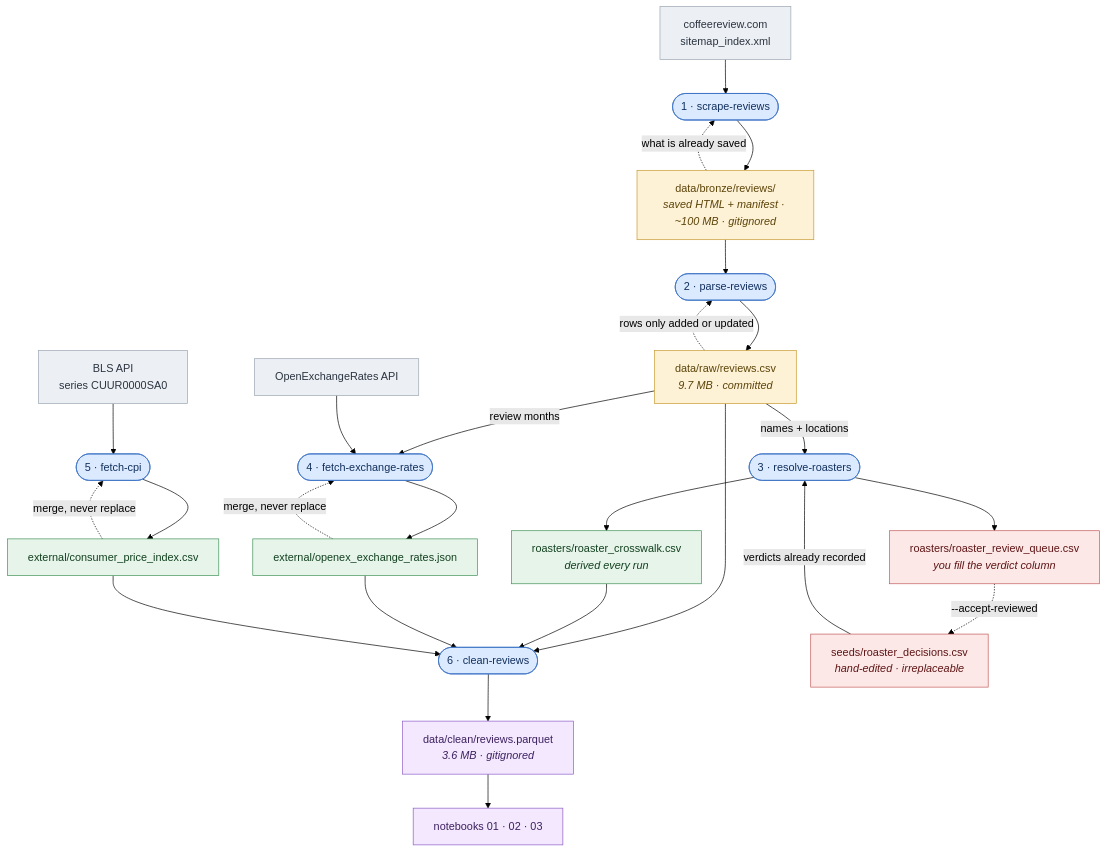
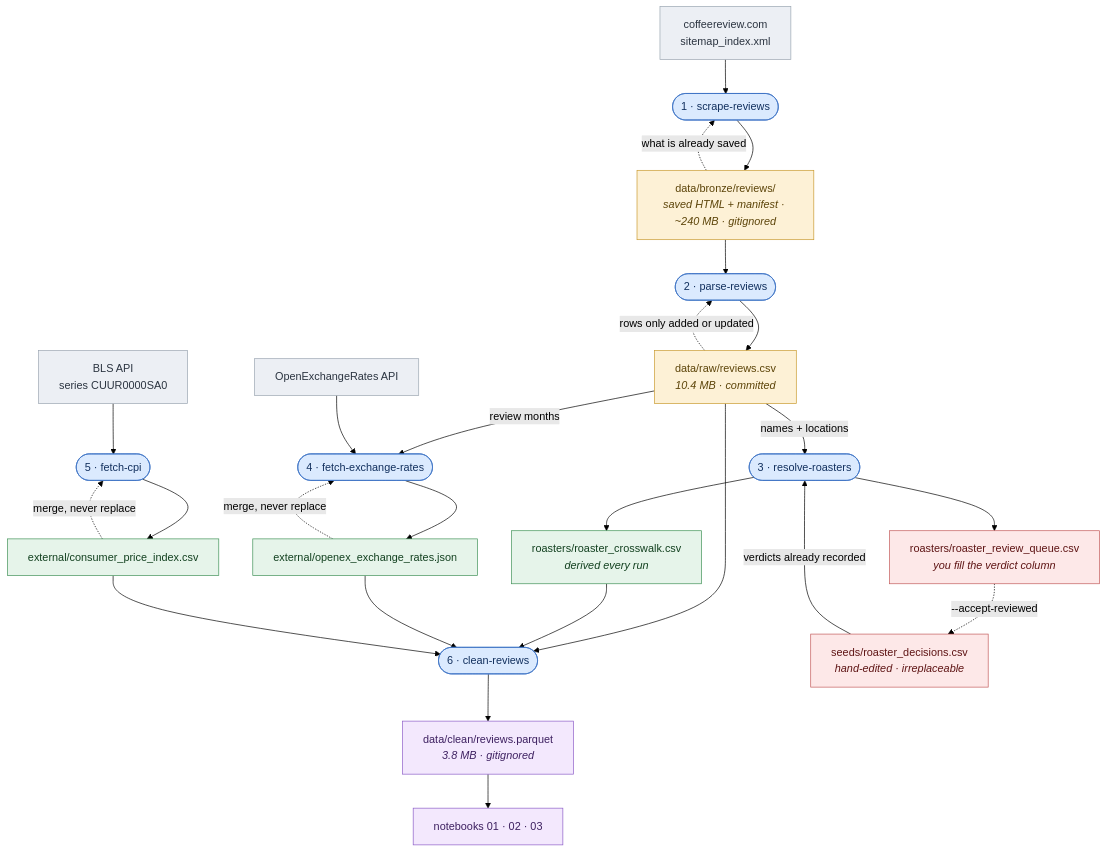
The diagram in docs/data-flow.md (tynardone/coffee-review-analysis), drawn with Mermaid (forest theme) before and after one commit. The commit also changed 2 other files, not shown here.

Commit message:
Correct the saved-pages size to about 240 MB
The first full scrape saved 9,344 pages averaging 25 KB gzipped, 240 MB in
all. The ~100 MB estimate came from the test fixtures, which are smaller
than a typical page. Also refreshes the data-flow diagram's sizes for
reviews.csv (10.4 MB) and the cleaned parquet (3.8 MB).

````diff
--- a/docs/data-flow.md
+++ b/docs/data-flow.md
@@ -6,56 +6,56 @@
 ```mermaid
 flowchart TD
     classDef ext fill:#eceff4,stroke:#9aa5b1,color:#2b3440
     classDef cmd fill:#dbeafe,stroke:#3b72c4,color:#12305e
     classDef raw fill:#fdf1d6,stroke:#c99a2e,color:#5c4409
     classDef ref fill:#e6f4ea,stroke:#3f9257,color:#12401f
     classDef out fill:#f3e8fd,stroke:#8b5cc7,color:#3d2060
     classDef human fill:#fde8e8,stroke:#c25a5a,color:#5e1414
 
     SITE["coffeereview.com<br/>sitemap_index.xml"]:::ext
     OXR["OpenExchangeRates API"]:::ext
     BLSAPI["BLS API<br/>series CUUR0000SA0"]:::ext
 
     SCRAPE(["1 · scrape-reviews"]):::cmd
     PARSE(["2 · parse-reviews"]):::cmd
     RESOLVE(["3 · resolve-roasters"]):::cmd
     FXCMD(["4 · fetch-exchange-rates"]):::cmd
     CPICMD(["5 · fetch-cpi"]):::cmd
     CLEAN(["6 · clean-reviews"]):::cmd
 
-    BRONZE["data/bronze/reviews/<br/><i>saved HTML + manifest · ~100 MB · gitignored</i>"]:::raw
-    RAW["data/raw/reviews.csv<br/><i>9.7 MB · committed</i>"]:::raw
+    BRONZE["data/bronze/reviews/<br/><i>saved HTML + manifest · ~240 MB · gitignored</i>"]:::raw
+    RAW["data/raw/reviews.csv<br/><i>10.4 MB · committed</i>"]:::raw
     DEC["seeds/roaster_decisions.csv<br/><i>hand-edited · irreplaceable</i>"]:::human
     QUEUE["roasters/roaster_review_queue.csv<br/><i>you fill the verdict column</i>"]:::human
     XWALK["roasters/roaster_crosswalk.csv<br/><i>derived every run</i>"]:::ref
     FX["external/openex_exchange_rates.json"]:::ref
     CPI["external/consumer_price_index.csv"]:::ref
-    CLEANED["data/clean/reviews.parquet<br/><i>3.6 MB · gitignored</i>"]:::out
+    CLEANED["data/clean/reviews.parquet<br/><i>3.8 MB · gitignored</i>"]:::out
     NB["notebooks 01 · 02 · 03"]:::out
 
     SITE --> SCRAPE --> BRONZE
     BRONZE -. "what is already saved" .-> SCRAPE
     BRONZE --> PARSE --> RAW
     RAW -. "rows only added or updated" .-> PARSE
 
     RAW -- "names + locations" --> RESOLVE
     DEC -- "verdicts already recorded" --> RESOLVE
     RESOLVE --> XWALK
     RESOLVE --> QUEUE
     QUEUE -. "--accept-reviewed" .-> DEC
 
     RAW -- "review months" --> FXCMD
     OXR --> FXCMD
     FX -. "merge, never replace" .-> FXCMD
     FXCMD --> FX
 
     BLSAPI --> CPICMD
     CPI -. "merge, never replace" .-> CPICMD
     CPICMD --> CPI
 
     RAW --> CLEAN
     XWALK --> CLEAN
     FX --> CLEAN
     CPI --> CLEAN
     CLEAN --> CLEANED --> NB
 ```
````
